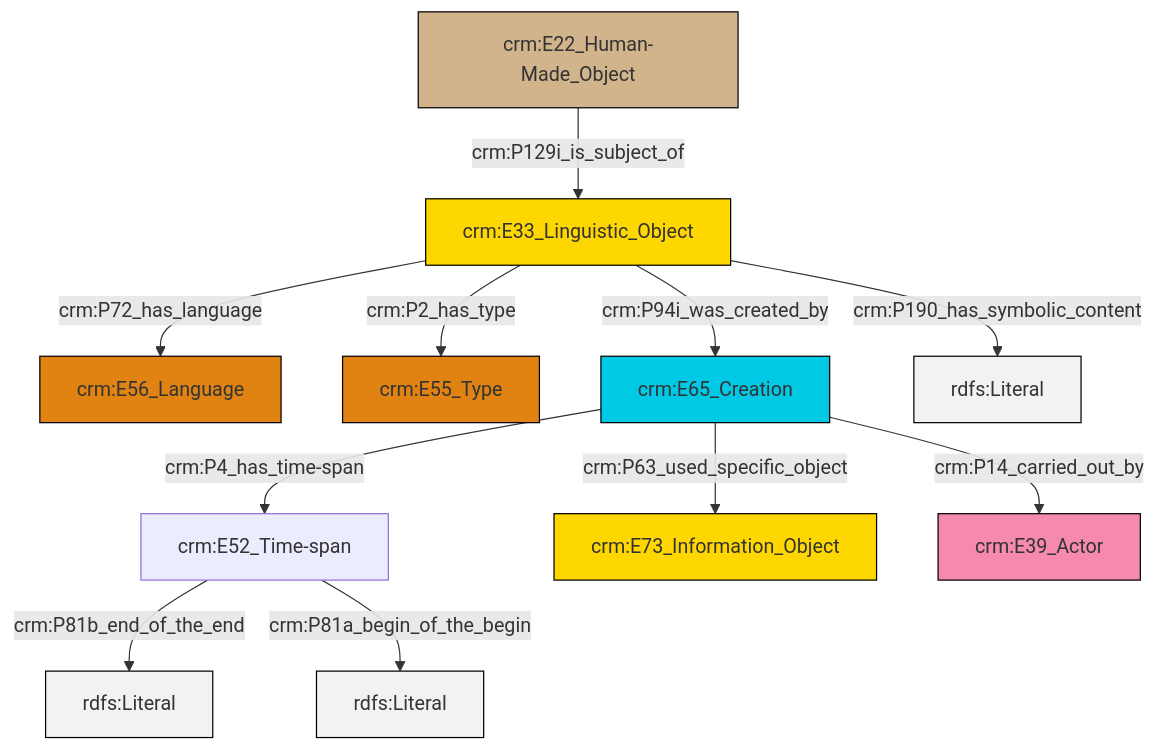
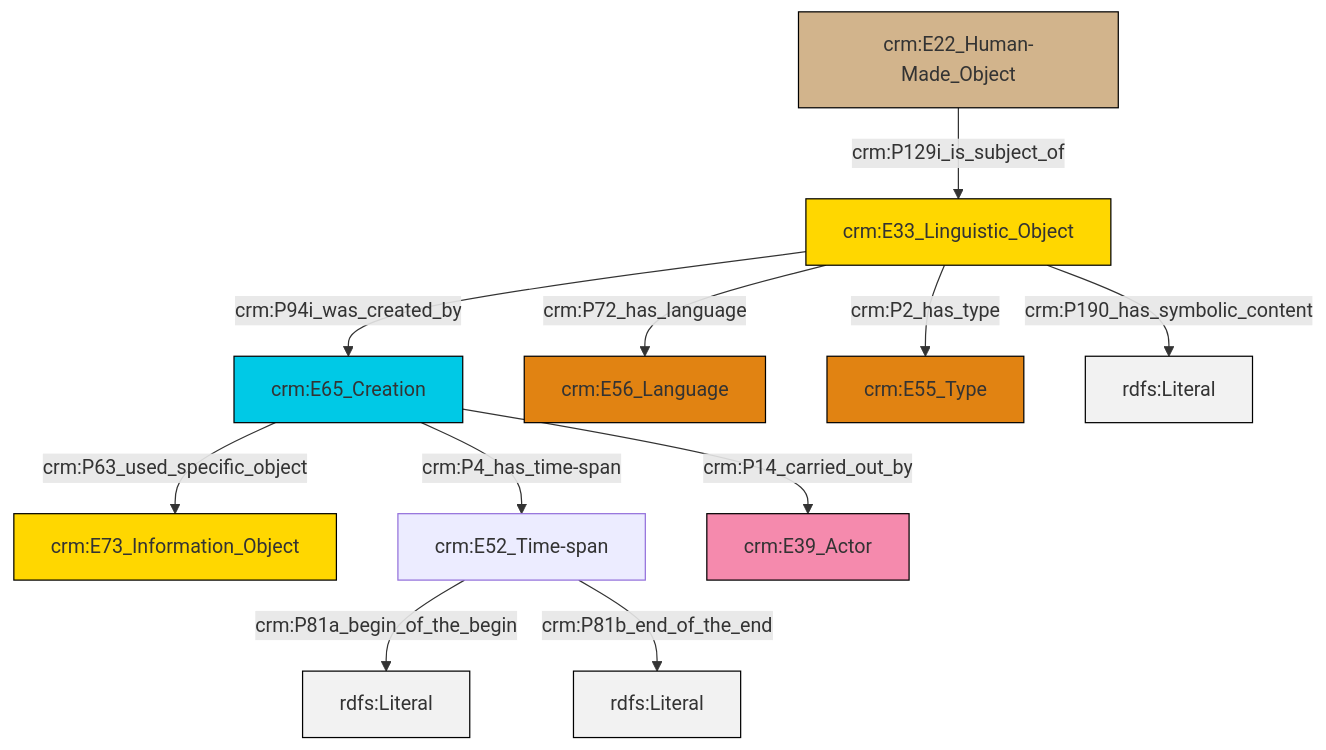
Before and after one commit to swiss-art-research-net/docs.swissartresearch: the diagram in et/carrierCSV/ttl/mmd/carrier_description.ttl.mmd, drawn with Mermaid. The commit also changed 207 other files, not shown here.

```diff
--- a/et/carrierCSV/ttl/mmd/carrier_description.ttl.mmd
+++ b/et/carrierCSV/ttl/mmd/carrier_description.ttl.mmd
@@ -1,25 +1,25 @@
 graph TD
 classDef Literal fill:#f2f2f2,stroke:#000000;
 classDef CRM_Entity fill:#FFFFFF,stroke:#000000;
 classDef Temporal_Entity fill:#00C9E6, stroke:#000000;
 classDef Type fill:#E18312, stroke:#000000;
 classDef Time-Span fill:#2C9C91, stroke:#000000;
 classDef Appellation fill:#FFEB7F, stroke:#000000;
 classDef Place fill:#008836, stroke:#000000;
 classDef Persistent_Item fill:#B266B2, stroke:#000000;
 classDef Conceptual_Object fill:#FFD700, stroke:#000000;
 classDef Physical_Thing fill:#D2B48C, stroke:#000000;
 classDef Actor fill:#f58aad, stroke:#000000;
 classDef PC_Classes fill:#4ce600, stroke:#000000;
 classDef Multi fill:#cccccc,stroke:#000000;
 
-4["crm:E52_Time-span"]:::Default -->|crm:P81b_end_of_the_end| 6[rdfs:Literal]:::Literal
-7["crm:E65_Creation"]:::Temporal_Entity -->|crm:P4_has_time-span| 4["crm:E52_Time-span"]:::Default
-8["crm:E33_Linguistic_Object"]:::Conceptual_Object -->|crm:P72_has_language| 0["crm:E56_Language"]:::Type
-8["crm:E33_Linguistic_Object"]:::Conceptual_Object -->|crm:P190_has_symbolic_content| 9[rdfs:Literal]:::Literal
-7["crm:E65_Creation"]:::Temporal_Entity -->|crm:P63_used_specific_object| 11["crm:E73_Information_Object"]:::Conceptual_Object
-8["crm:E33_Linguistic_Object"]:::Conceptual_Object -->|crm:P94i_was_created_by| 7["crm:E65_Creation"]:::Temporal_Entity
-12["crm:E22_Human-Made_Object"]:::Physical_Thing -->|crm:P129i_is_subject_of| 8["crm:E33_Linguistic_Object"]:::Conceptual_Object
-8["crm:E33_Linguistic_Object"]:::Conceptual_Object -->|crm:P2_has_type| 2["crm:E55_Type"]:::Type
-7["crm:E65_Creation"]:::Temporal_Entity -->|crm:P14_carried_out_by| 16["crm:E39_Actor"]:::Actor
-4["crm:E52_Time-span"]:::Default -->|crm:P81a_begin_of_the_begin| 18[rdfs:Literal]:::Literal
+2["crm:E52_Time-span"]:::Default -->|crm:P81a_begin_of_the_begin| 3[rdfs:Literal]:::Literal
+2["crm:E52_Time-span"]:::Default -->|crm:P81b_end_of_the_end| 8[rdfs:Literal]:::Literal
+9["crm:E33_Linguistic_Object"]:::Conceptual_Object -->|crm:P72_has_language| 10["crm:E56_Language"]:::Type
+6["crm:E65_Creation"]:::Temporal_Entity -->|crm:P14_carried_out_by| 12["crm:E39_Actor"]:::Actor
+4["crm:E22_Human-Made_Object"]:::Physical_Thing -->|crm:P129i_is_subject_of| 9["crm:E33_Linguistic_Object"]:::Conceptual_Object
+6["crm:E65_Creation"]:::Temporal_Entity -->|crm:P4_has_time-span| 2["crm:E52_Time-span"]:::Default
+9["crm:E33_Linguistic_Object"]:::Conceptual_Object -->|crm:P2_has_type| 16["crm:E55_Type"]:::Type
+9["crm:E33_Linguistic_Object"]:::Conceptual_Object -->|crm:P190_has_symbolic_content| 17[rdfs:Literal]:::Literal
+9["crm:E33_Linguistic_Object"]:::Conceptual_Object -->|crm:P94i_was_created_by| 6["crm:E65_Creation"]:::Temporal_Entity
+6["crm:E65_Creation"]:::Temporal_Entity -->|crm:P63_used_specific_object| 0["crm:E73_Information_Object"]:::Conceptual_Object
```
